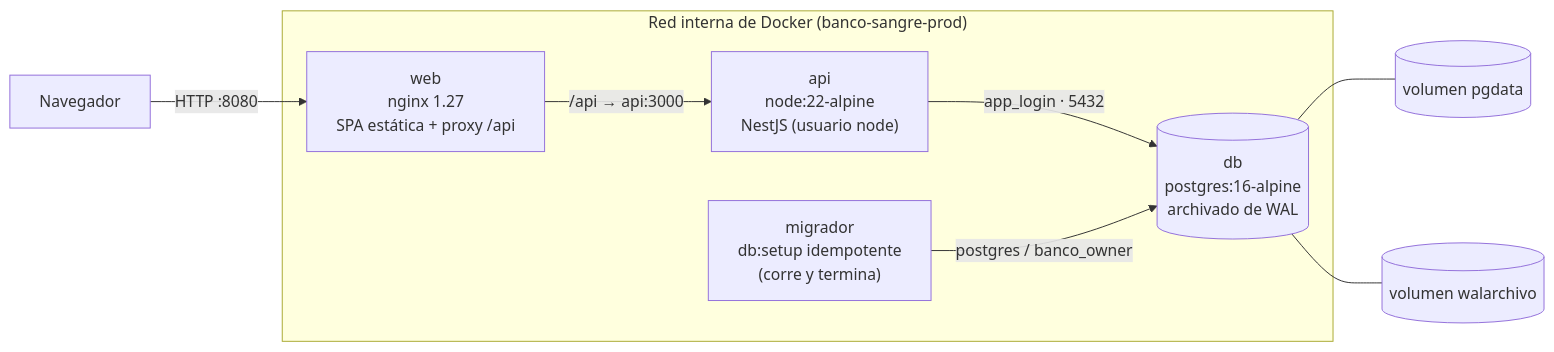
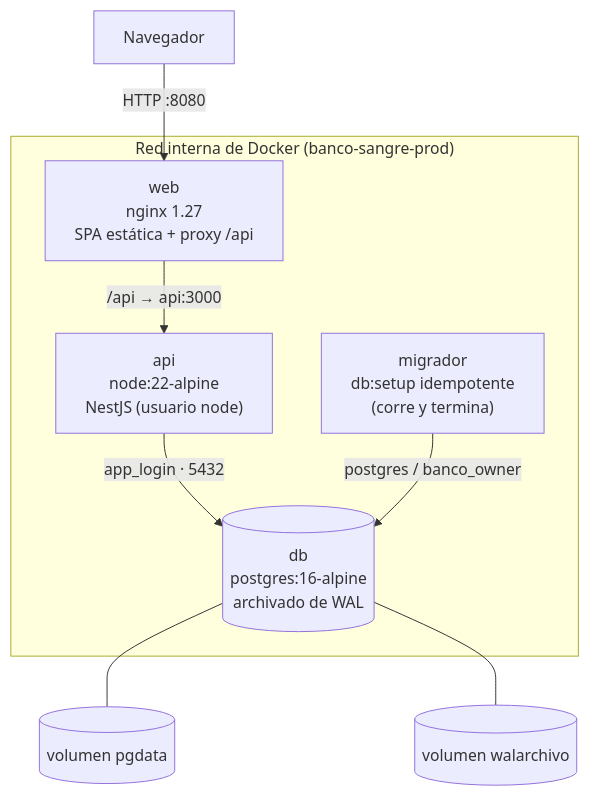
Before and after one commit to BraulioJmz/blood-bank-management-system: the sixth of 6 diagrams in docs/arquitectura.md, drawn with Mermaid. The commit also changed other lines of this file, not shown here.

Commit message:
docs(docs): orienta de arriba abajo los diagramas de componentes y despliegue

````diff
--- a/docs/arquitectura.md
+++ b/docs/arquitectura.md
@@ -326,11 +326,11 @@
 ```mermaid
-flowchart LR
+flowchart TB
   U["Navegador"] -- "HTTP :8080" --> N
   subgraph Docker["Red interna de Docker (banco-sangre-prod)"]
     N["web<br/>nginx 1.27<br/>SPA estática + proxy /api"] -- "/api → api:3000" --> A["api<br/>node:22-alpine<br/>NestJS (usuario node)"]
     A -- "app_login · 5432" --> D[("db<br/>postgres:16-alpine<br/>archivado de WAL")]
     M["migrador<br/>db:setup idempotente<br/>(corre y termina)"] -- "postgres / banco_owner" --> D
   end
   D --- V1[("volumen pgdata")]
   D --- V2[("volumen walarchivo")]
 ```
````
